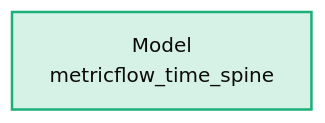
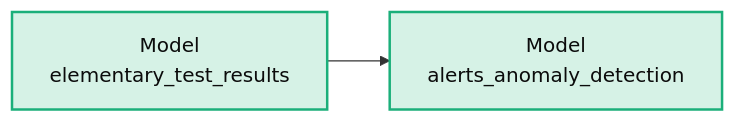
The second of 3 diagrams in groups/zenith/projects/zenith-uk/kg/architecture.md (Atomz-org/data-platform), drawn with Mermaid before and after one commit. The commit also changed other lines of this file and 7 other files, not shown here.

````diff
--- a/groups/zenith/projects/zenith-uk/kg/architecture.md
+++ b/groups/zenith/projects/zenith-uk/kg/architecture.md
@@ -54,6 +54,7 @@
 ```mermaid
 flowchart LR
-    X0["Model<br/>metricflow_time_spine"]:::model
-    X0
+    X0["Model<br/>elementary_test_results"]:::model
+    X1["Model<br/>alerts_anomaly_detection"]:::model
+    X0 --> X1
     classDef model fill:#d6f2e6,stroke:#1baf7a,stroke-width:2px,color:#0b0b0b
 ```
````
